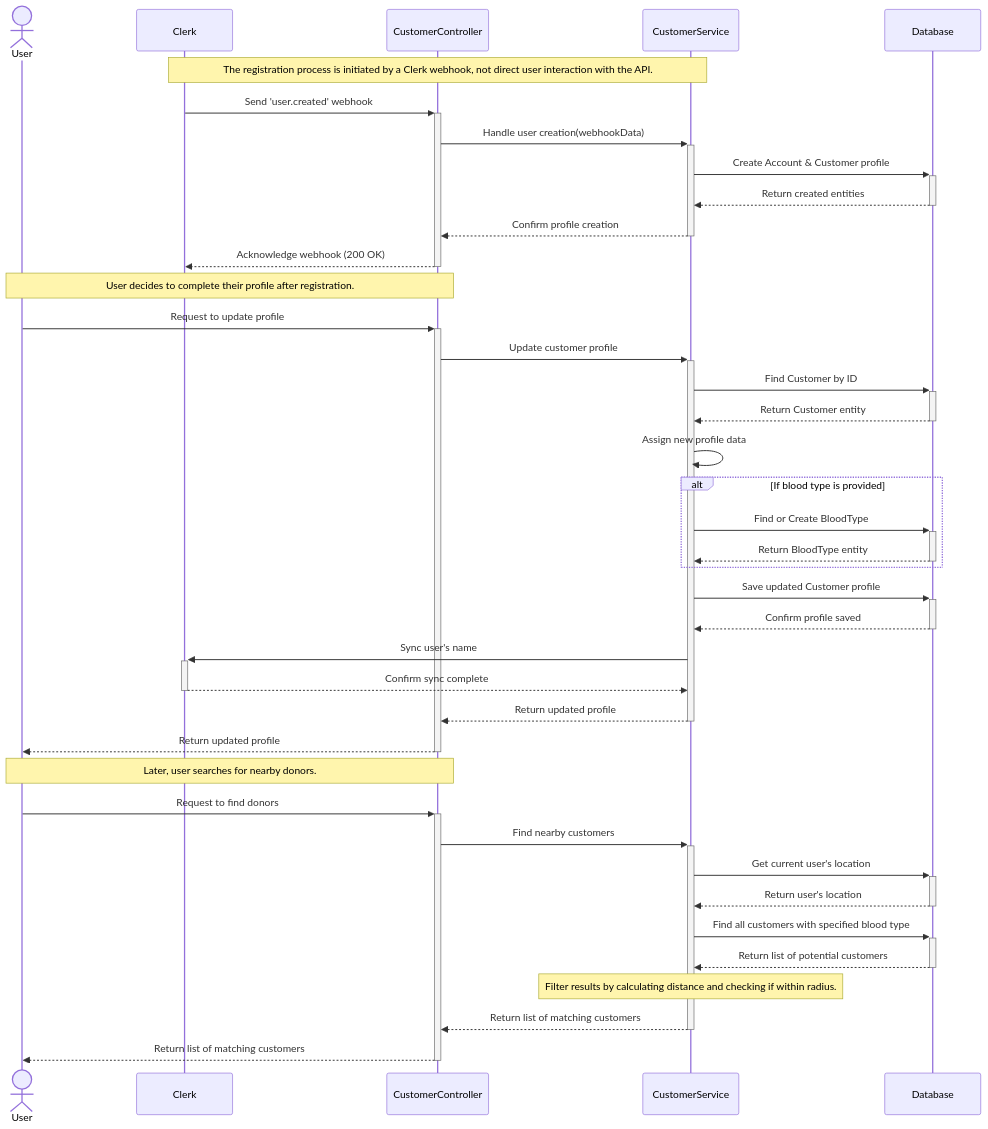
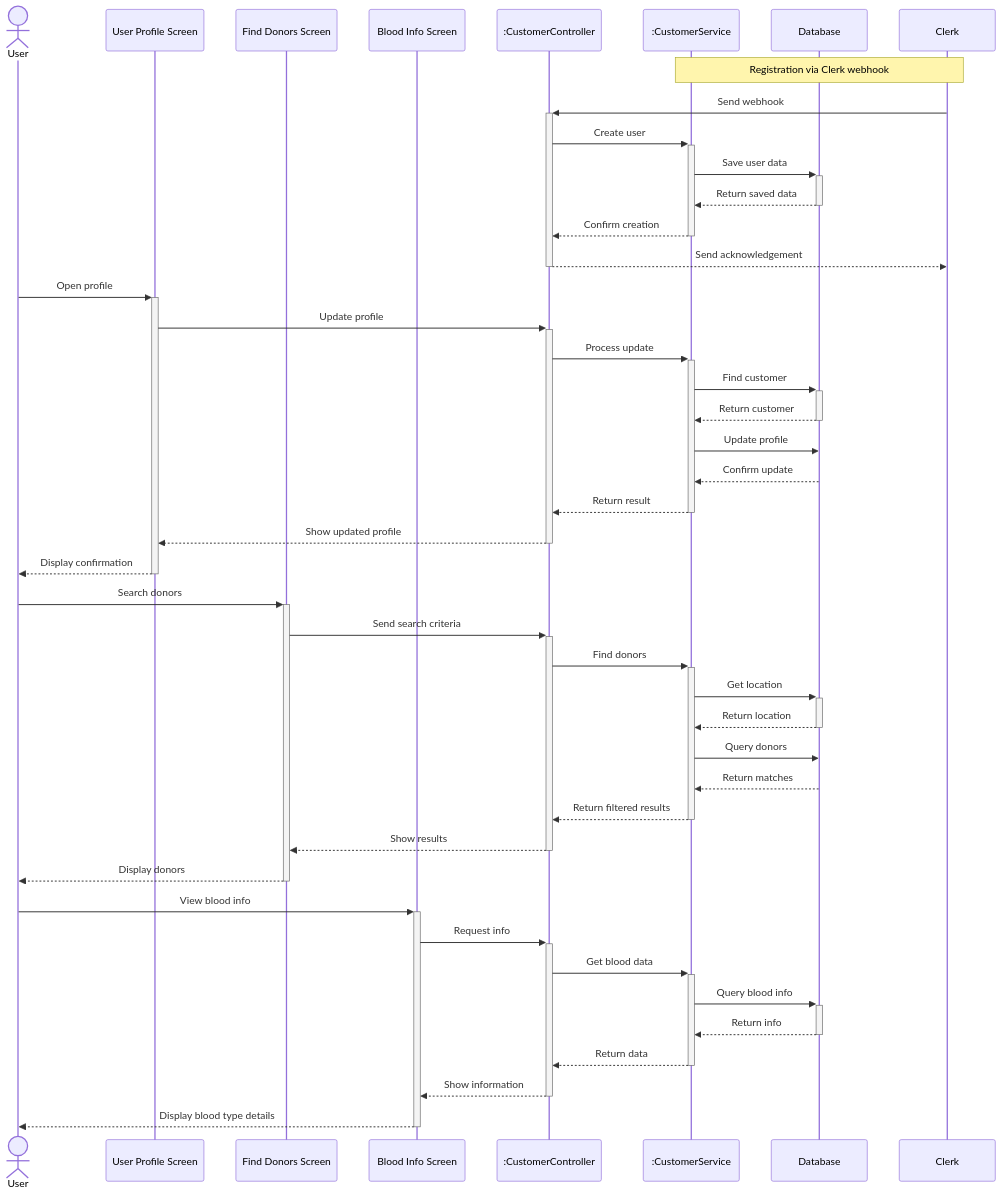
One commit to phamnguyenviethung/bloodlink-be changed the second of 2 diagrams in docs/CUSTOMER_FLOW.md. Above: the diagram before and after it, drawn with Mermaid. The commit also changed other lines of this file and 1 other file, not shown here.

````diff
--- a/docs/CUSTOMER_FLOW.md
+++ b/docs/CUSTOMER_FLOW.md
@@ -62,50 +97,55 @@
 ```mermaid
 sequenceDiagram
     actor User
+    participant User Profile Screen
+    participant Find Donors Screen
+    participant Blood Info Screen
+    participant CustomerController as :CustomerController
+    participant CustomerService as :CustomerService
+    participant Database
     participant Clerk
-    participant CustomerController
-    participant CustomerService
-    participant Database
 
     %% --- 1. Registration (Webhook) ---
-    Note over Clerk, CustomerService: The registration process is initiated by a Clerk webhook, not direct user interaction with the API.
-    Clerk->>+CustomerController: Send 'user.created' webhook
-    CustomerController->>+CustomerService: Handle user creation(webhookData)
-    CustomerService->>+Database: Create Account & Customer profile
-    Database-->>-CustomerService: Return created entities
-    CustomerService-->>-CustomerController: Confirm profile creation
-    CustomerController-->>-Clerk: Acknowledge webhook (200 OK)
-
-    Note over User, CustomerController: User decides to complete their profile after registration.
+    Note over Clerk, CustomerService: Registration via Clerk webhook
+    Clerk->>+CustomerController: Send webhook
+    CustomerController->>+CustomerService: Create user
+    CustomerService->>+Database: Save user data
+    Database-->>-CustomerService: Return saved data
+    CustomerService-->>-CustomerController: Confirm creation
+    CustomerController-->>-Clerk: Send acknowledgement
 
     %% --- 2. Profile Update ---
-    User->>+CustomerController: Request to update profile
-    CustomerController->>+CustomerService: Update customer profile
-    CustomerService->>+Database: Find Customer by ID
-    Database-->>-CustomerService: Return Customer entity
-    CustomerService->>CustomerService: Assign new profile data
-    alt If blood type is provided
-        CustomerService->>+Database: Find or Create BloodType
-        Database-->>-CustomerService: Return BloodType entity
-    end
-    CustomerService->>+Database: Save updated Customer profile
-    Database-->>-CustomerService: Confirm profile saved
-    CustomerService->>+Clerk: Sync user's name
-    Clerk-->>-CustomerService: Confirm sync complete
-    CustomerService-->>-CustomerController: Return updated profile
-    CustomerController-->>-User: Return updated profile
-
-    Note over User, CustomerController: Later, user searches for nearby donors.
+    User->>+User Profile Screen: Open profile
+    User Profile Screen->>+CustomerController: Update profile
+    CustomerController->>+CustomerService: Process update
+    CustomerService->>+Database: Find customer
+    Database-->>-CustomerService: Return customer
+    CustomerService->>Database: Update profile
+    Database-->>CustomerService: Confirm update
+    CustomerService-->>-CustomerController: Return result
+    CustomerController-->>-User Profile Screen: Show updated profile
+    User Profile Screen-->>-User: Display confirmation
 
     %% --- 3. Find Nearby Donors ---
-    User->>+CustomerController: Request to find donors
-    CustomerController->>+CustomerService: Find nearby customers
-    CustomerService->>+Database: Get current user's location
-    Database-->>-CustomerService: Return user's location
-    CustomerService->>+Database: Find all customers with specified blood type
-    Database-->>-CustomerService: Return list of potential customers
-    Note over CustomerService: Filter results by calculating distance and checking if within radius.
-    CustomerService-->>-CustomerController: Return list of matching customers
-    CustomerController-->>-User: Return list of matching customers
+    User->>+Find Donors Screen: Search donors
+    Find Donors Screen->>+CustomerController: Send search criteria
+    CustomerController->>+CustomerService: Find donors
+    CustomerService->>+Database: Get location
+    Database-->>-CustomerService: Return location
+    CustomerService->>Database: Query donors
+    Database-->>CustomerService: Return matches
+    CustomerService-->>-CustomerController: Return filtered results
+    CustomerController-->>-Find Donors Screen: Show results
+    Find Donors Screen-->>-User: Display donors
+
+    %% --- 4. View Blood Type Information ---
+    User->>+Blood Info Screen: View blood info
+    Blood Info Screen->>+CustomerController: Request info
+    CustomerController->>+CustomerService: Get blood data
+    CustomerService->>+Database: Query blood info
+    Database-->>-CustomerService: Return info
+    CustomerService-->>-CustomerController: Return data
+    CustomerController-->>-Blood Info Screen: Show information
+    Blood Info Screen-->>-User: Display blood type details
 
 ```
````
